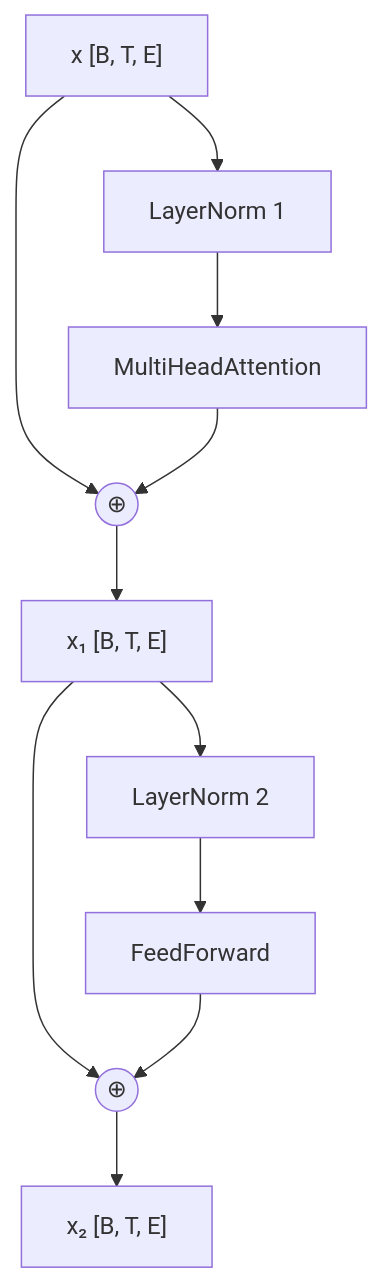
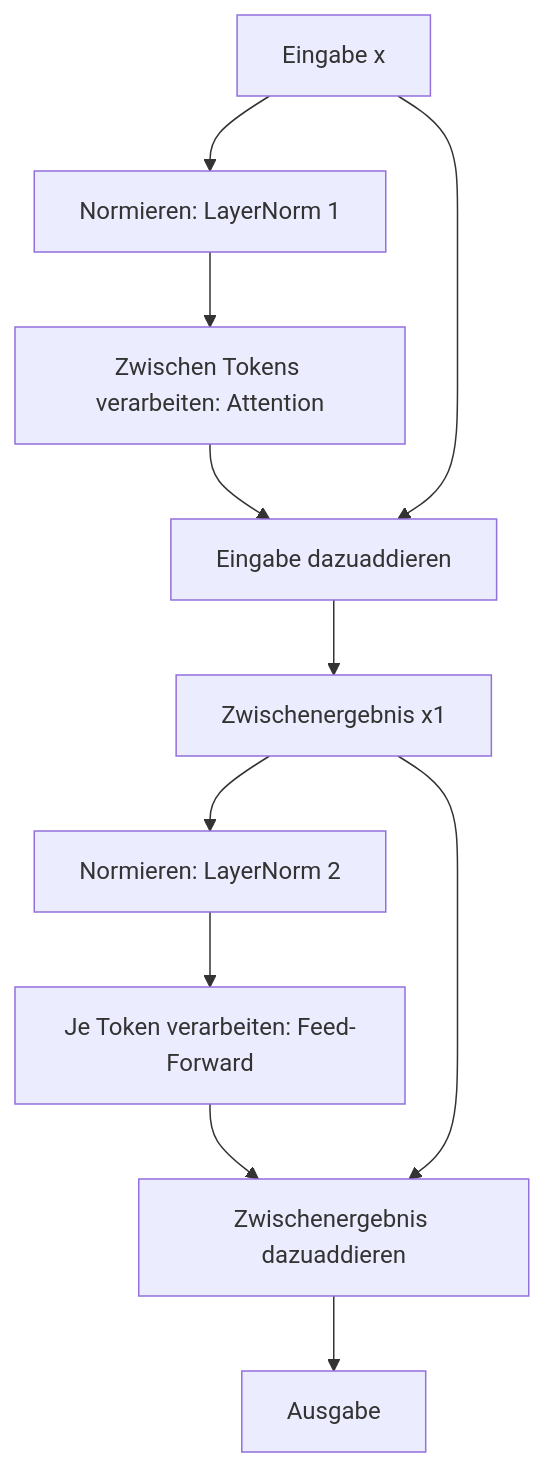
One commit to zuegi/rusty-mind-llm changed the diagram in book/src/kapitel/06-transformer-block.md. Above: the diagram before and after it, drawn with Mermaid. The commit also changed other lines of this file and 15 other files, not shown here.

Commit message:
docs: add detailed explanations for LayerNorm, Feed-Forward network, and Residual connections

````diff
--- a/book/src/kapitel/06-transformer-block.md
+++ b/book/src/kapitel/06-transformer-block.md
@@ -426,13 +22,13 @@
 ```mermaid
 flowchart TD
-    x["x [B, T, E]"] --> ln1["LayerNorm 1"]
-    ln1 --> att["MultiHeadAttention"]
-    x --> add1((⊕))
-    att --> add1
-    add1 --> x1["x₁ [B, T, E]"]
-    x1 --> ln2["LayerNorm 2"]
-    ln2 --> ffn["FeedForward"]
-    x1 --> add2((⊕))
-    ffn --> add2
-    add2 --> x2["x₂ [B, T, E]"]
+    x["Eingabe x"] --> n1["Normieren: LayerNorm 1"]
+    n1 --> a["Zwischen Tokens verarbeiten: Attention"]
+    a --> add1["Eingabe dazuaddieren"]
+    x --> add1
+    add1 --> x1["Zwischenergebnis x1"]
+    x1 --> n2["Normieren: LayerNorm 2"]
+    n2 --> f["Je Token verarbeiten: Feed-Forward"]
+    f --> add2["Zwischenergebnis dazuaddieren"]
+    x1 --> add2
+    add2 --> y["Ausgabe"]
 ```
````
